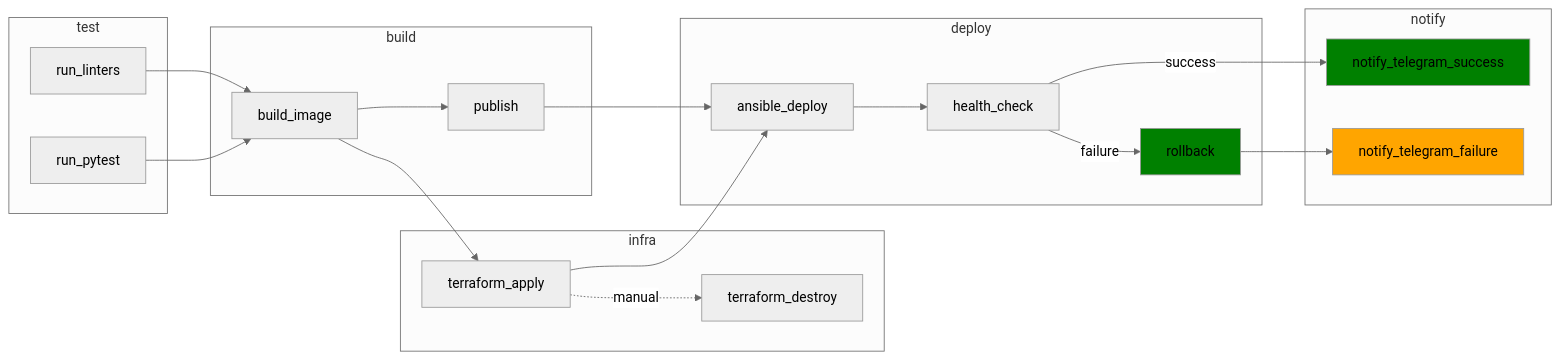
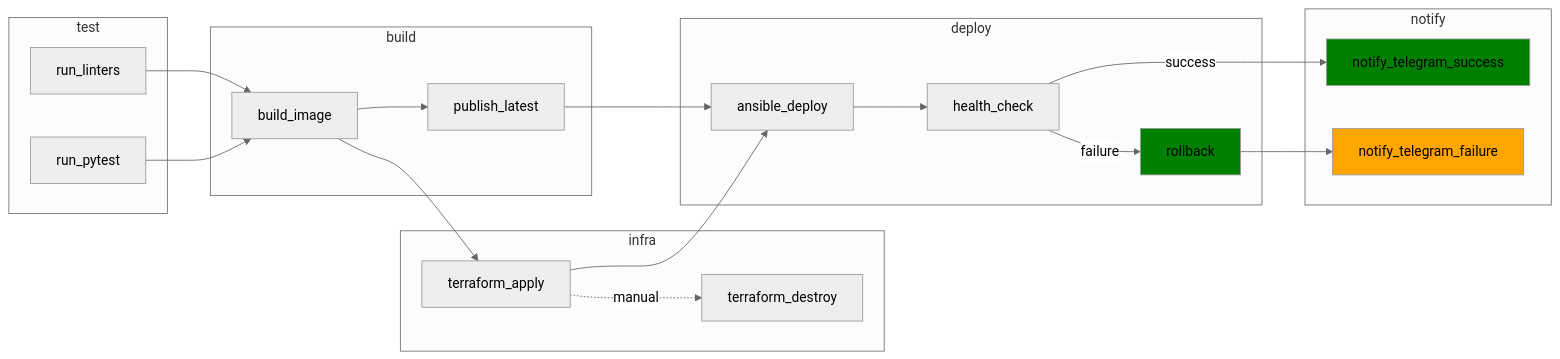
One commit to AlexeyKuzko/devops_diploma changed the diagram in README.md. Above: the diagram before and after it, drawn with Mermaid (neutral theme). The commit also changed other lines of this file, not shown here.

````diff
--- a/README.md
+++ b/README.md
@@ -43,44 +43,44 @@
 ```mermaid
 flowchart LR
     subgraph Stage_Test ["test"]
         A1[run_linters]
         A2[run_pytest]
     end
 
     subgraph Stage_Build ["build"]
         B1[build_image]
-        B2[publish]
+        B2[publish_latest]
     end
 
     subgraph Stage_Infra ["infra"]
         C1[terraform_apply]
         C2[terraform_destroy]
     end
 
     subgraph Stage_Deploy ["deploy"]
         D1[ansible_deploy]
         D2[health_check]
         D3[rollback]
     end
 
     subgraph Stage_Notify ["notify"]
         E1[notify_telegram_success]
         E2[notify_telegram_failure]
     end
 
     A1 --> B1
     A2 --> B1
     B1 --> B2
     B1 --> C1
     B2 --> D1
     C1 -. manual .-> C2
     C1 --> D1
     D1 --> D2
     D2 -->|success| E1
     D2 -->|failure| D3
     D3 --> E2
 
     style D3 fill:green
     style E1 fill:green
     style E2 fill:orange
 ```
````
